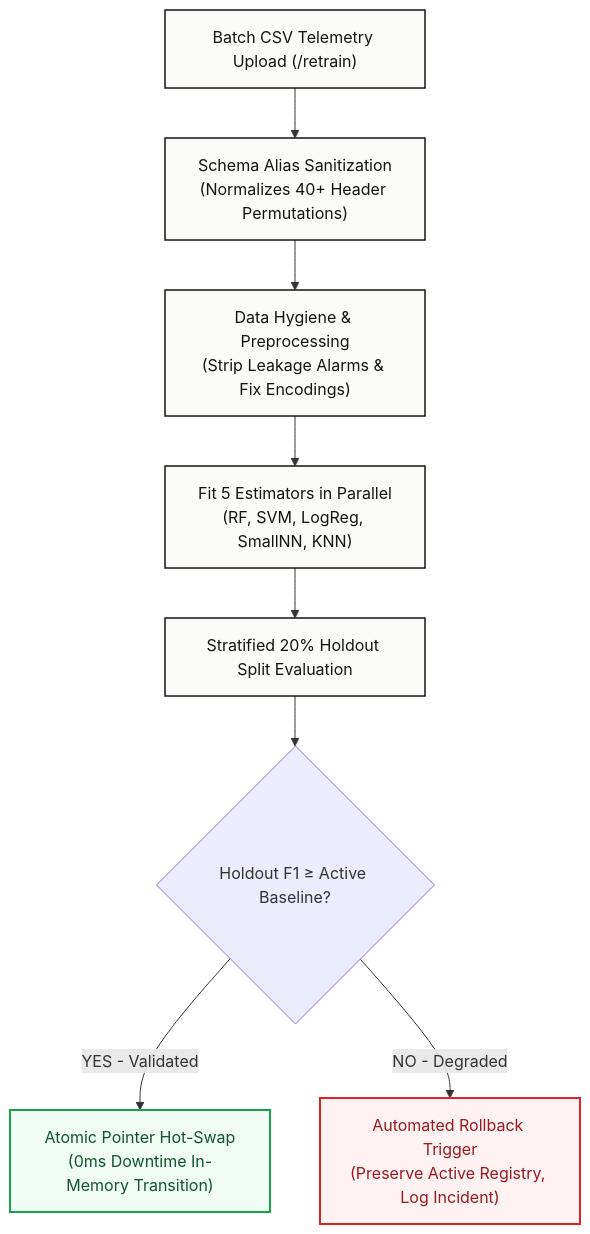
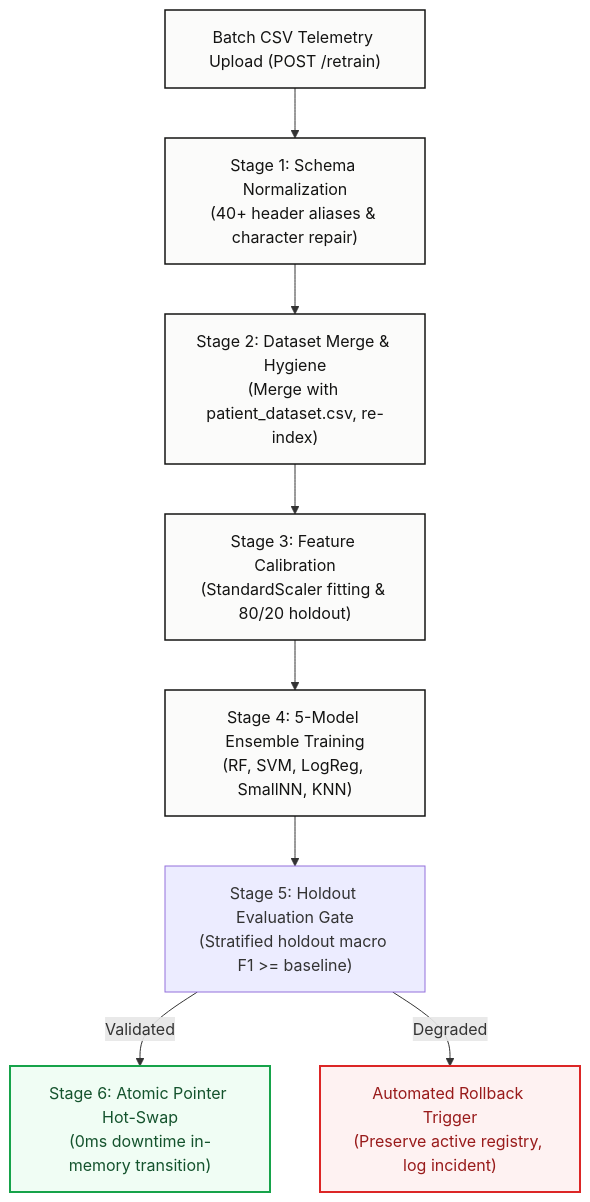
The third of 3 diagrams in ARCHITECTURE.md (rachit-mangawa/HEARTFLOW_OS), drawn with Mermaid before and after one commit. The commit also changed other lines of this file and 23 other files, not shown here.

````diff
--- a/ARCHITECTURE.md
+++ b/ARCHITECTURE.md
@@ -450,20 +453,18 @@
 ```mermaid
 flowchart TD
-    A["Batch CSV Telemetry Upload (/retrain)"] --> B["Schema Alias Sanitization<br/>(Normalizes 40+ Header Permutations)"]
-    B --> C["Data Hygiene & Preprocessing<br/>(Strip Leakage Alarms & Fix Encodings)"]
-    C --> D["Fit 5 Estimators in Parallel<br/>(RF, SVM, LogReg, SmallNN, KNN)"]
-    D --> E["Stratified 20% Holdout Split Evaluation"]
-    
-    E --> F{"Holdout F1 ≥ Active Baseline?"}
-    
-    F -->|YES - Validated| G["Atomic Pointer Hot-Swap<br/>(0ms Downtime In-Memory Transition)"]
-    F -->|NO - Degraded| H["Automated Rollback Trigger<br/>(Preserve Active Registry, Log Incident)"]
+    A["Batch CSV Telemetry Upload (POST /retrain)"] --> B["Stage 1: Schema Normalization<br/>(40+ header aliases & character repair)"]
+    B --> C["Stage 2: Dataset Merge & Hygiene<br/>(Merge with patient_dataset.csv, re-index)"]
+    C --> D["Stage 3: Feature Calibration<br/>(StandardScaler fitting & 80/20 holdout)"]
+    D --> E["Stage 4: 5-Model Ensemble Training<br/>(RF, SVM, LogReg, SmallNN, KNN)"]
+    E --> F["Stage 5: Holdout Evaluation Gate<br/>(Stratified holdout macro F1 >= baseline)"]
+    F -->|Validated| G["Stage 6: Atomic Pointer Hot-Swap<br/>(0ms downtime in-memory transition)"]
+    F -->|Degraded| H["Automated Rollback Trigger<br/>(Preserve active registry, log incident)"]
 
     classDef pass fill:#F0FDF4,stroke:#16A34A,stroke-width:2px,color:#14532D;
     classDef fail fill:#FEF2F2,stroke:#DC2626,stroke-width:2px,color:#991B1B;
     classDef step fill:#FBFBFA,stroke:#141413,stroke-width:1.5px,color:#141413;
     
     class A,B,C,D,E step;
     class G pass;
     class H fail;
 ```
````
